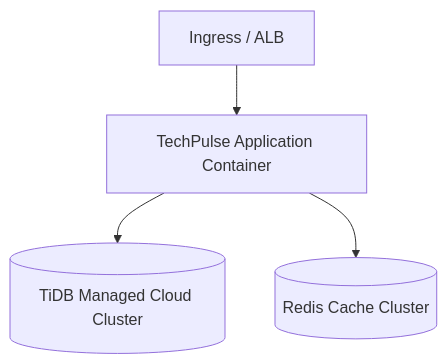
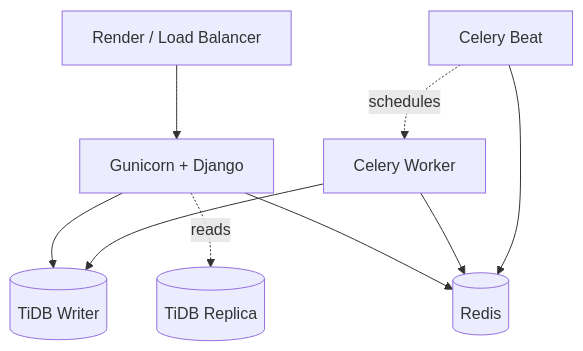
Before and after one commit to karannchaudhari04/TechPulse-AI: the diagram in docs/Deployment.md, drawn with Mermaid. The commit also changed other lines of this file and 255 other files, not shown here.

````diff
--- a/docs/Deployment.md
+++ b/docs/Deployment.md
@@ -28,6 +50,11 @@
 ```mermaid
 graph TD
-    Ingress[Ingress / ALB] --> Web[TechPulse Application Container]
-    Web --> DB[(TiDB Managed Cloud Cluster)]
-    Web --> Cache[(Redis Cache Cluster)]
+    Ingress[Render / Load Balancer] --> Web[Gunicorn + Django]
+    Web --> DBW[(TiDB Writer)]
+    Web -. reads .-> DBR[(TiDB Replica)]
+    Web --> Cache[(Redis)]
+    Worker[Celery Worker] --> DBW
+    Worker --> Cache
+    Beat[Celery Beat] --> Cache
+    Beat -. schedules .-> Worker
 ```
````
